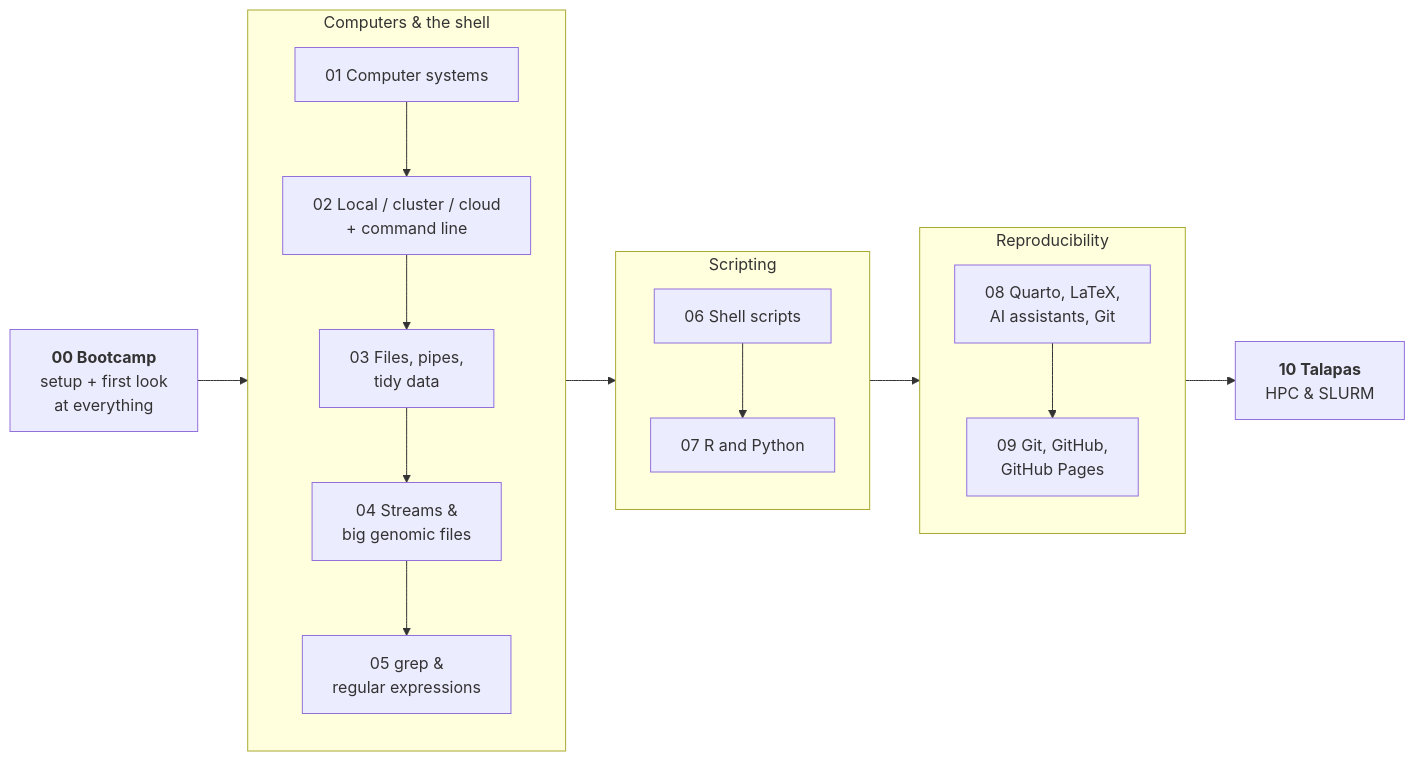
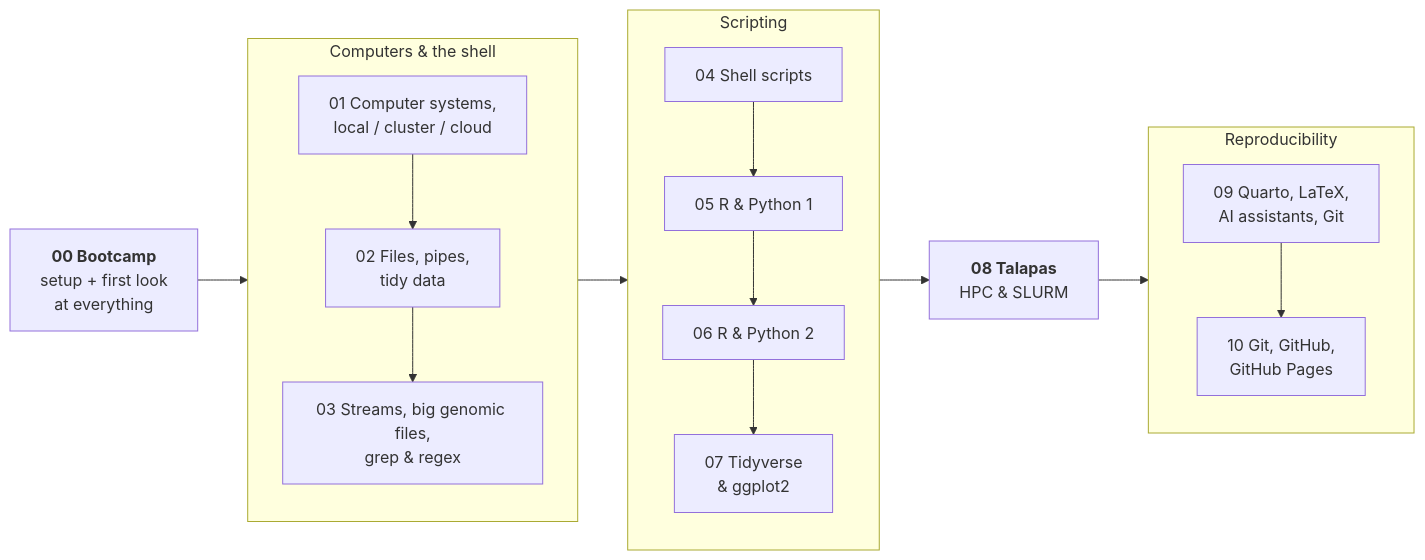
The first of 2 diagrams in Lecture_Folder/Lecture_00_bootcamp_2026.qmd (wcresko/BioE_Comp_Tools_Fa2026), drawn with Mermaid before and after one commit. The commit also changed other lines of this file and 256 other files, not shown here.

````diff
--- a/Lecture_Folder/Lecture_00_bootcamp_2026.qmd
+++ b/Lecture_Folder/Lecture_00_bootcamp_2026.qmd
@@ -129,20 +129,20 @@
 ```{mermaid}
 %%| label: lec00-mermaid-course-roadmap
 flowchart LR
   B["<b>00 Bootcamp</b><br/>setup + first look<br/>at everything"] --> C
   subgraph C["Computers & the shell"]
     direction TB
-    L1["01 Computer systems"] --> L2["02 Local / cluster / cloud<br/>+ command line"] --> L3["03 Files, pipes,<br/>tidy data"] --> L4["04 Streams &<br/>big genomic files"] --> L5["05 grep &<br/>regular expressions"]
+    L1["01 Computer systems,<br/>local / cluster / cloud"] --> L2["02 Files, pipes,<br/>tidy data"] --> L3["03 Streams, big genomic files,<br/>grep & regex"]
   end
   C --> S
   subgraph S["Scripting"]
     direction TB
-    L6["06 Shell scripts"] --> L7["07 R and Python"]
+    L4["04 Shell scripts"] --> L5["05 R & Python 1"] --> L6["06 R & Python 2"] --> L7["07 Tidyverse<br/>& ggplot2"]
   end
-  S --> R
+  S --> H["<b>08 Talapas</b><br/>HPC & SLURM"]
+  H --> R
   subgraph R["Reproducibility"]
     direction TB
-    L8["08 Quarto, LaTeX,<br/>AI assistants, Git"] --> L9["09 Git, GitHub,<br/>GitHub Pages"]
+    L9["09 Quarto, LaTeX,<br/>AI assistants, Git"] --> L10["10 Git, GitHub,<br/>GitHub Pages"]
   end
-  R --> H["<b>10 Talapas</b><br/>HPC & SLURM"]
 ```
````
